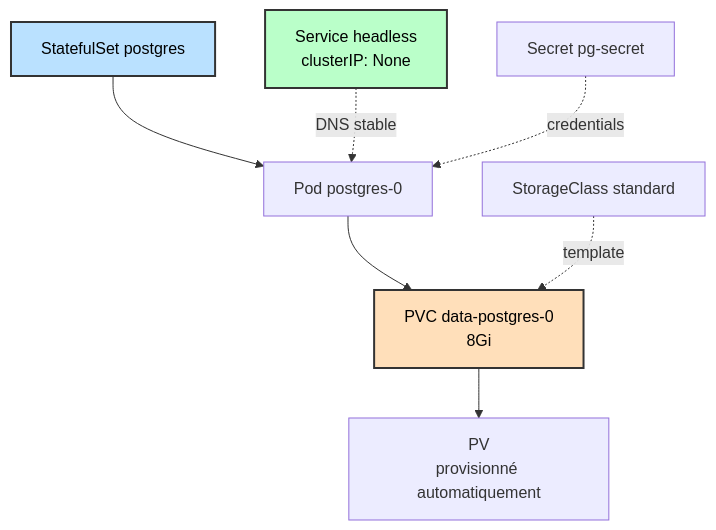
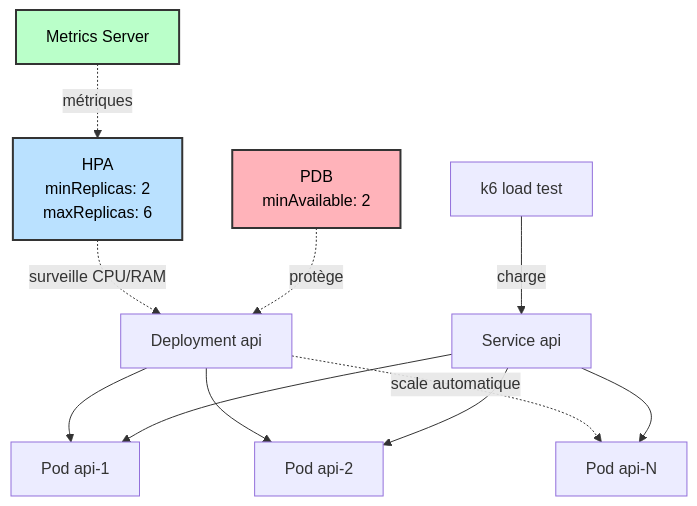
Before and after one commit to MPFabio/S4-Ingress-TLS-Config-Secrets: the diagram in README.md, drawn with Mermaid. The commit also changed other lines of this file and 16 other files, not shown here.

````diff
--- a/README.md
+++ b/README.md
@@ -15,15 +15,20 @@
 ```mermaid
 flowchart TB
-    StatefulSet[StatefulSet postgres] --> Pod[Pod postgres-0]
-    Pod --> PVC[PVC data-postgres-0<br/>8Gi]
-    PVC --> PV[PV<br/>provisionné automatiquement]
+    HPA[HPA<br/>minReplicas: 2<br/>maxReplicas: 6] -.surveille CPU/RAM.-> Deployment[Deployment api]
     
-    Service[Service headless<br/>clusterIP: None] -.DNS stable.-> Pod
-    Secret[Secret pg-secret] -.credentials.-> Pod
+    Deployment --> Pod1[Pod api-1]
+    Deployment --> Pod2[Pod api-2]
+    Deployment -.scale automatique.-> PodN[Pod api-N]
     
-    StorageClass[StorageClass standard] -.template.-> PVC
+    PDB[PDB<br/>minAvailable: 2] -.protège.-> Deployment
     
-    style StatefulSet fill:#bae1ff,stroke:#333,stroke-width:2px,color:#000
-    style Service fill:#baffc9,stroke:#333,stroke-width:2px,color:#000
-    style PVC fill:#ffdfba,stroke:#333,stroke-width:2px,color:#000
+    MetricsServer[Metrics Server] -.métriques.-> HPA
+    K6[k6 load test] -->|charge| Service[Service api]
+    Service --> Pod1
+    Service --> Pod2
+    Service --> PodN
+    
+    style HPA fill:#bae1ff,stroke:#333,stroke-width:2px,color:#000
+    style PDB fill:#ffb3ba,stroke:#333,stroke-width:2px,color:#000
+    style MetricsServer fill:#baffc9,stroke:#333,stroke-width:2px,color:#000
 ```
````
